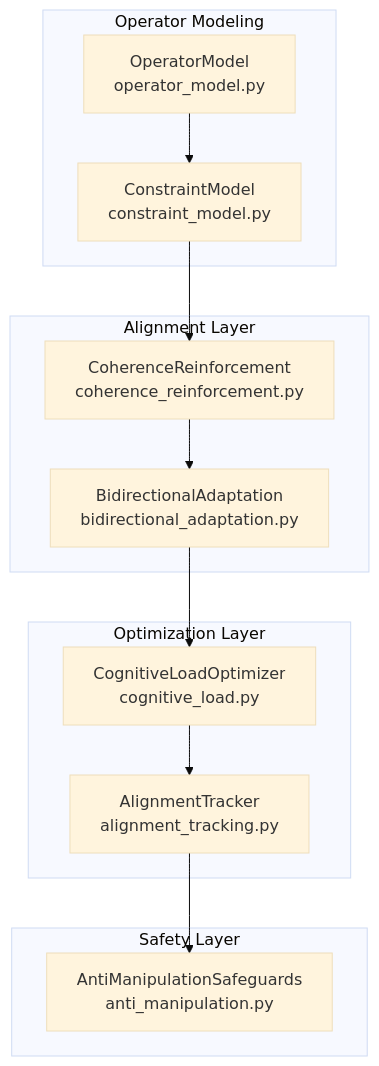
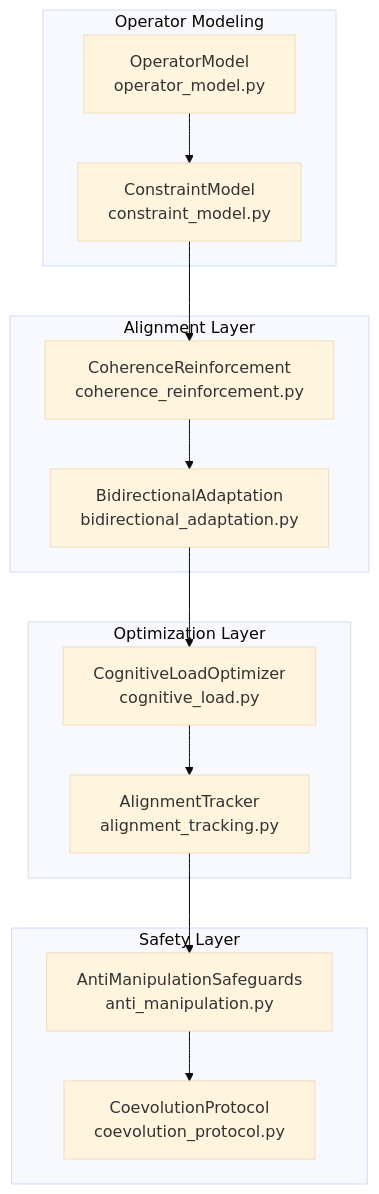
One commit to dabiggestpoppa/larger-lab changed diagram 13 of 13 in CODEMAP.md. Above: the diagram before and after it, drawn with Mermaid (base theme). The commit also changed other lines of this file and 806 other files, not shown here.

Commit message:
Phase 8 Coevolution complete: 8 modules, 76 tests passing, architecture docs updated

````diff
--- a/CODEMAP.md
+++ b/CODEMAP.md
@@ -623,28 +623,30 @@
 ```mermaid
 graph TB
     subgraph "Operator Modeling"
         OM[OperatorModel<br/>operator_model.py]
         CM[ConstraintModel<br/>constraint_model.py]
     end
 
     subgraph "Alignment Layer"
         CR[CoherenceReinforcement<br/>coherence_reinforcement.py]
         BA[BidirectionalAdaptation<br/>bidirectional_adaptation.py]
     end
 
     subgraph "Optimization Layer"
         CLO[CognitiveLoadOptimizer<br/>cognitive_load.py]
         AT[AlignmentTracker<br/>alignment_tracking.py]
     end
 
     subgraph "Safety Layer"
         AMS[AntiManipulationSafeguards<br/>anti_manipulation.py]
+        CP[CoevolutionProtocol<br/>coevolution_protocol.py]
     end
 
     OM --> CM
     CM --> CR
     CR --> BA
     BA --> CLO
     CLO --> AT
     AT --> AMS
+    AMS --> CP
 ```
````
